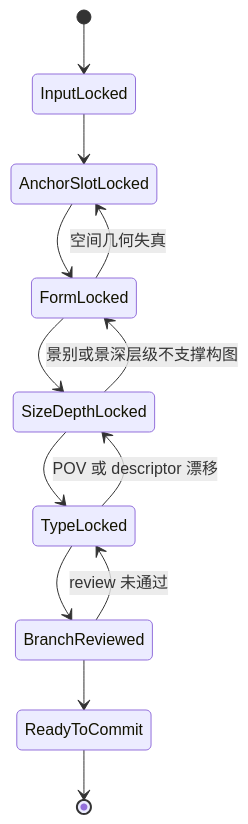
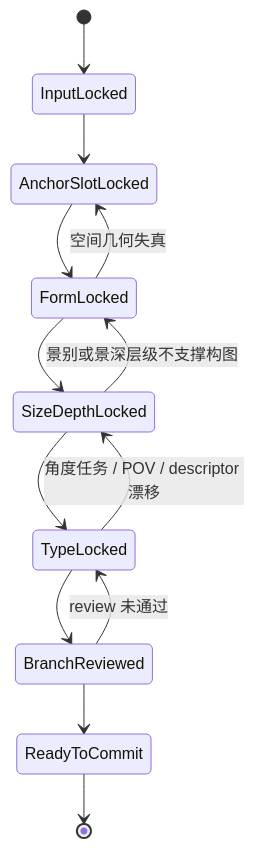
The third of 3 diagrams in .agents/skills/aigc/3-Detail/2-镜花/1-分镜构图/SKILL.md (ZEN-VOID/AI-CUT), drawn with Mermaid before and after one commit. The commit also changed other lines of this file and 266 other files, not shown here.

````diff
--- a/.agents/skills/aigc/3-Detail/2-镜花/1-分镜构图/SKILL.md
+++ b/.agents/skills/aigc/3-Detail/2-镜花/1-分镜构图/SKILL.md
@@ -99,15 +100,15 @@
 ```mermaid
 stateDiagram-v2
     [*] --> InputLocked
     InputLocked --> AnchorSlotLocked
     AnchorSlotLocked --> FormLocked
     FormLocked --> SizeDepthLocked
     SizeDepthLocked --> TypeLocked
     TypeLocked --> BranchReviewed
     BranchReviewed --> ReadyToCommit
     ReadyToCommit --> [*]
     FormLocked --> AnchorSlotLocked: 空间几何失真
     SizeDepthLocked --> FormLocked: 景别或景深层级不支撑构图
-    TypeLocked --> SizeDepthLocked: POV 或 descriptor 漂移
+    TypeLocked --> SizeDepthLocked: 角度任务 / POV / descriptor 漂移
     BranchReviewed --> TypeLocked: review 未通过
 ```
````
